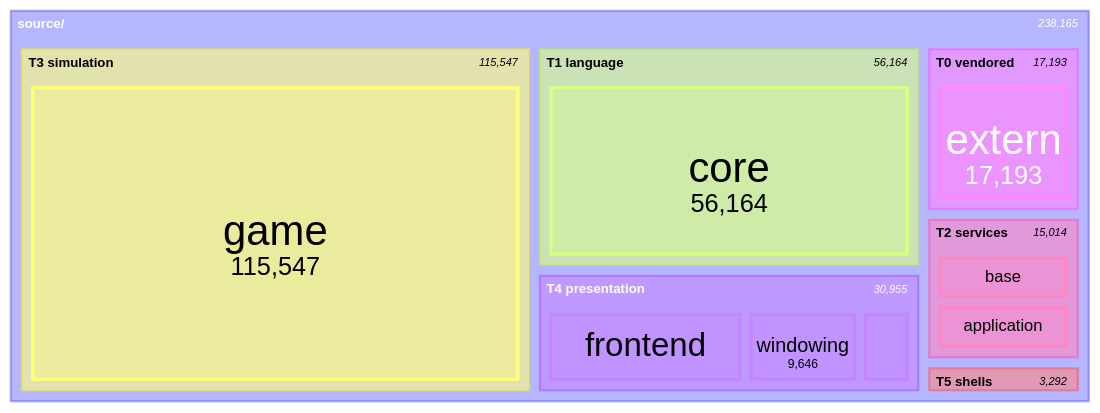
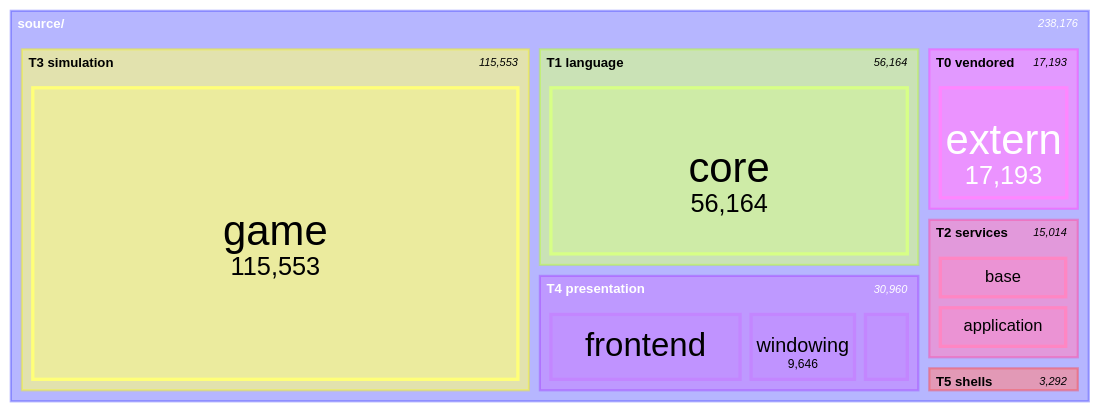
Before and after one commit to apnex/OpenStarbound: the seventh of 11 diagrams in docs/architecture/system-boundaries.md, drawn with Mermaid. The commit also changed other lines of this file and 3 other files, not shown here.

````diff
--- a/docs/architecture/system-boundaries.md
+++ b/docs/architecture/system-boundaries.md
@@ -577,21 +577,21 @@
 ```mermaid
 treemap-beta
 "source/"
     "T0 vendored"
         "extern": 17193
     "T1 language"
         "core": 56164
     "T2 services"
         "base": 7449
         "application": 7423
         "platform": 142
     "T3 simulation"
-        "game": 115547
+        "game": 115553
     "T4 presentation"
-        "frontend": 16861
+        "frontend": 16863
         "windowing": 9646
-        "rendering": 4448
+        "rendering": 4451
     "T5 shells"
         "client": 2509
         "server": 783
 ```
````
